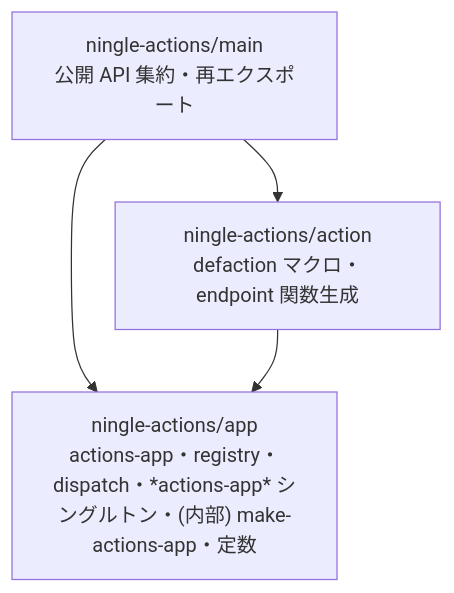
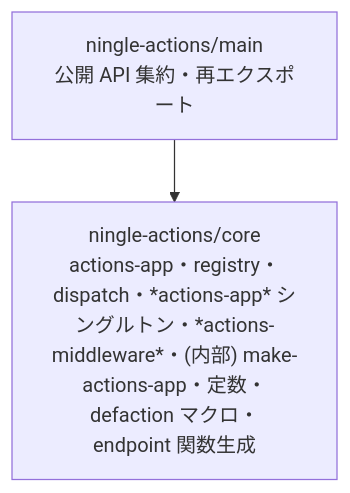
Before and after one commit to skyizwhite/ningle-actions: the fifth of 6 diagrams in docs/functional-design.md, drawn with Mermaid. The commit also changed other lines of this file and 14 other files, not shown here.

First line of the commit message:
refactor: merge action package into core, reorganize tests

````diff
--- a/docs/functional-design.md
+++ b/docs/functional-design.md
@@ -160,10 +160,7 @@
 ```mermaid
 graph TD
     MAIN["ningle-actions/main<br/>公開 API 集約・再エクスポート"]
-    APP["ningle-actions/app<br/>actions-app・registry・dispatch・*actions-app* シングルトン・(内部) make-actions-app・定数"]
-    ACTION["ningle-actions/action<br/>defaction マクロ・endpoint 関数生成"]
+    CORE["ningle-actions/core<br/>actions-app・registry・dispatch・*actions-app* シングルトン・*actions-middleware*・(内部) make-actions-app・定数・defaction マクロ・endpoint 関数生成"]
 
-    MAIN --> ACTION
-    MAIN --> APP
-    ACTION --> APP
+    MAIN --> CORE
 ```
````
